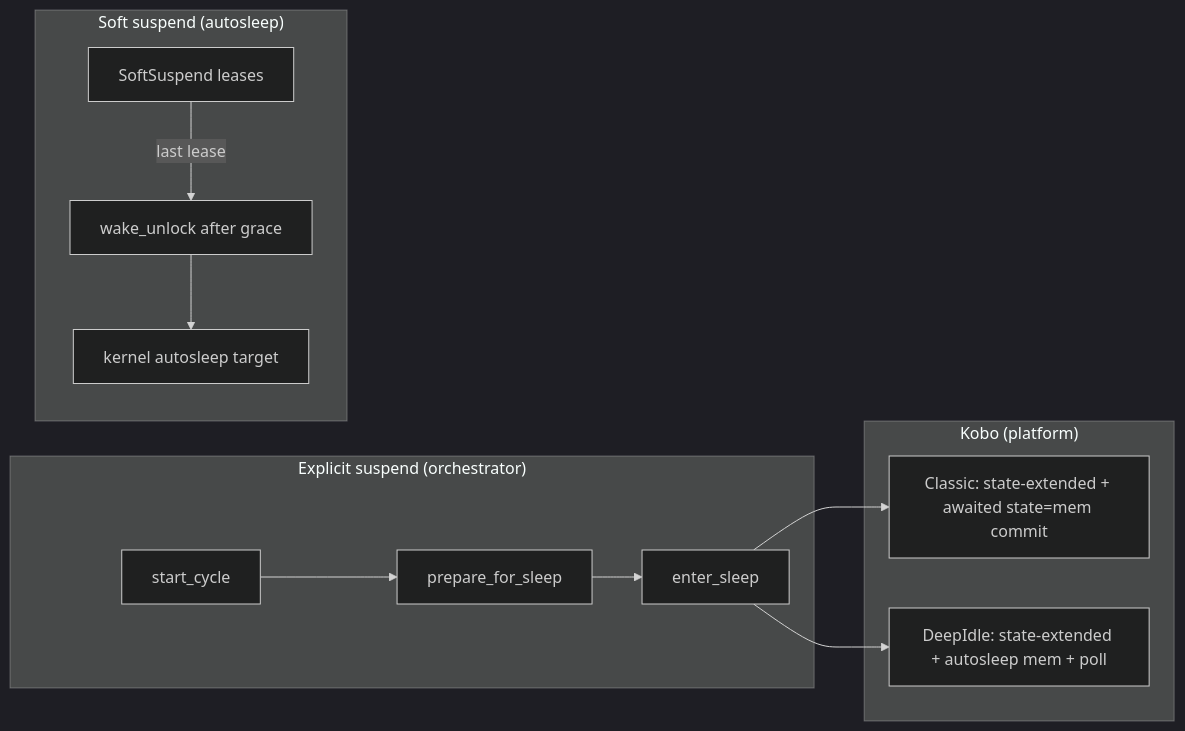
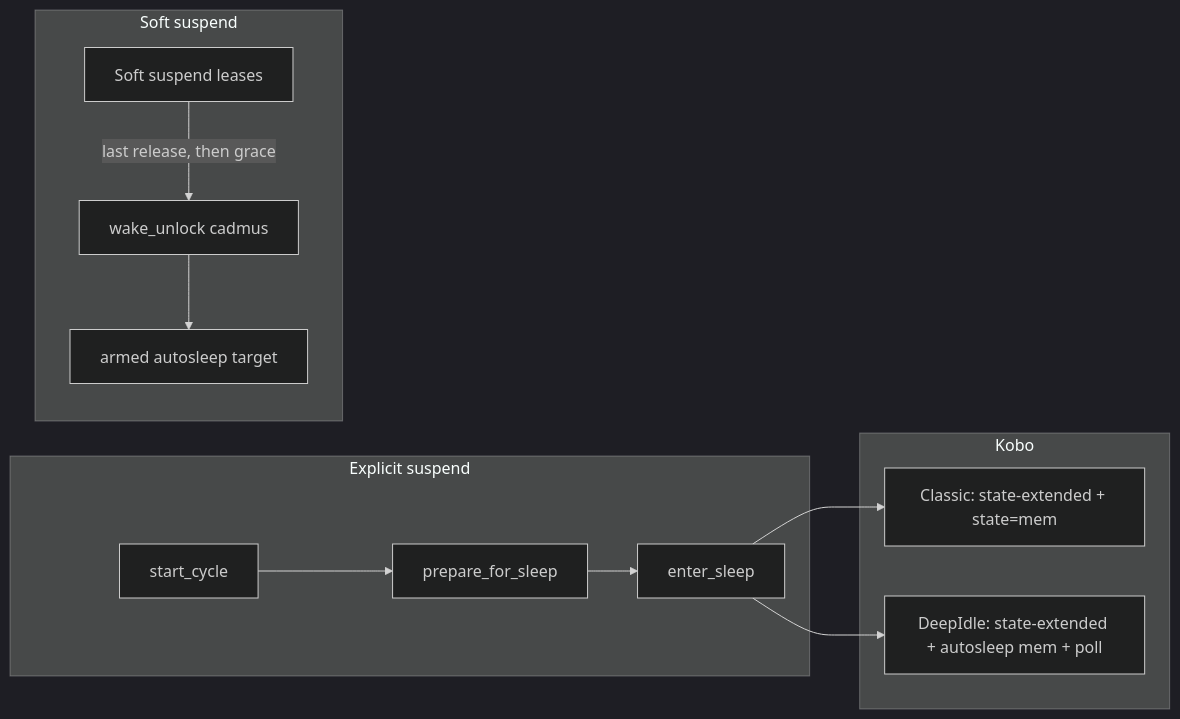
The diagram in docs/src/contributing/device/suspend/index.md (OGKevin/cadmus), drawn with Mermaid (dark theme) before and after one commit. The commit also changed other lines of this file and 7 other files, not shown here.

First line of the commit message:
docs(suspend): align pages with async leases

````diff
--- a/docs/src/contributing/device/suspend/index.md
+++ b/docs/src/contributing/device/suspend/index.md
@@ -18,25 +23,19 @@
 ```mermaid
 flowchart LR
-  subgraph explicit ["Explicit suspend (orchestrator)"]
-    start["start_cycle"]
-    prepare["prepare_for_sleep"]
-    sleep["enter_sleep"]
-    start --> prepare --> sleep
+  subgraph explicit ["Explicit suspend"]
+    start["start_cycle"] --> prepare["prepare_for_sleep"] --> sleep["enter_sleep"]
   end
 
-  subgraph opportunistic ["Soft suspend (autosleep)"]
-    leases["SoftSuspend leases"]
-    unlock["wake_unlock after grace"]
-    autosleep["kernel autosleep target"]
-    leases -->|"last lease"| unlock
-    unlock --> autosleep
+  subgraph soft ["Soft suspend"]
+    leases["Soft suspend leases"] -->|"last release, then grace"| unlock["wake_unlock cadmus"]
+    unlock --> autosleep["armed autosleep target"]
   end
 
-  subgraph kobo ["Kobo (platform)"]
-    classic["Classic: state-extended + awaited state=mem commit"]
+  subgraph kobo ["Kobo"]
+    classic["Classic: state-extended + state=mem"]
     deep["DeepIdle: state-extended + autosleep mem + poll"]
   end
 
   sleep --> classic
   sleep --> deep
 ```
````
